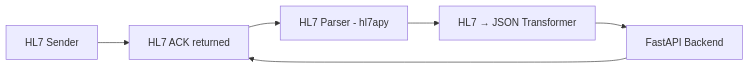
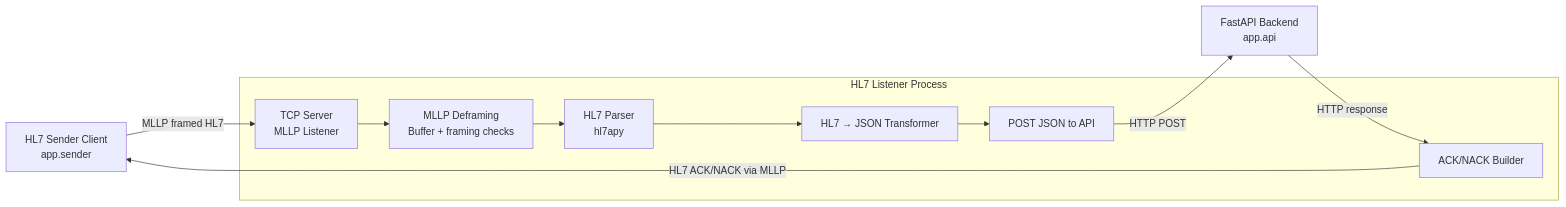
Before and after one commit to sahenshah/lyrebird-hl7-integration: the diagram in README.md, drawn with Mermaid. The commit also changed other lines of this file and 6 other files, not shown here.

Commit message:
update diagram and security

````diff
--- a/README.md
+++ b/README.md
@@ -89,8 +87,25 @@
 ```mermaid
-graph LR
-    A[HL7 Sender] --> B[MLLP TCP Listener]
-    B --> C[HL7 Parser - hl7apy]
-    C --> D[HL7 → JSON Transformer]
-    D --> E[FastAPI Backend]
-    E --> B[HL7 ACK returned]
+flowchart LR
+
+    A[HL7 Sender Client<br>app.sender]
+
+    subgraph HL7 Listener Process
+        B[TCP Server<br>MLLP Listener]
+        C[MLLP Deframing<br>Buffer + framing checks]
+        D[HL7 Parser<br>hl7apy]
+        E[HL7 → JSON Transformer]
+        F[POST JSON to API]
+        G[ACK/NACK Builder]
+    end
+
+    H[FastAPI Backend<br>app.api]
+
+    A -->|MLLP framed HL7| B
+    B --> C
+    C --> D
+    D --> E
+    E --> F
+    F -->|HTTP POST| H
+    H -->|HTTP response| G
+    G -->|HL7 ACK/NACK via MLLP| A
 ```
````
